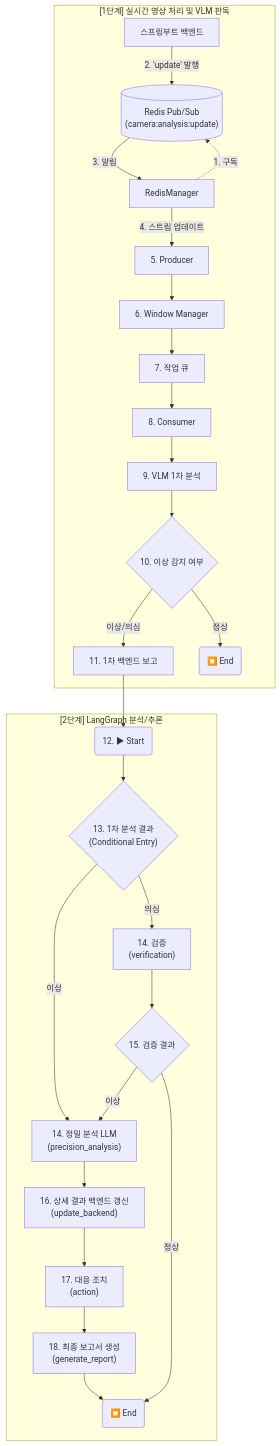
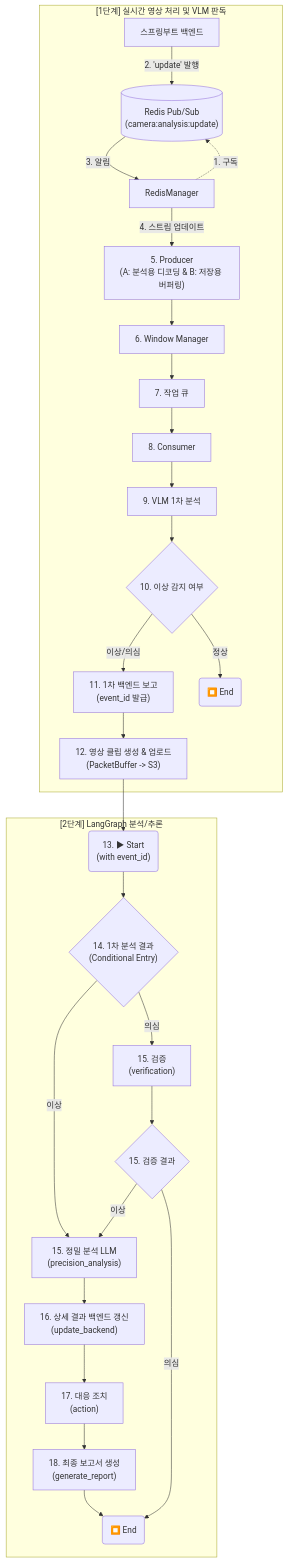
Before and after one commit to AIX-01/aegis-ai-agent: the first of 2 diagrams in README.md, drawn with Mermaid. The commit also changed other lines of this file, not shown here.

Commit message:
docs: update README for improved clarity on system architecture and component roles

````diff
--- a/README.md
+++ b/README.md
@@ -287,38 +143,41 @@
 ```mermaid
 graph TD
     subgraph RealTime["[1단계] 실시간 영상 처리 및 VLM 판독"]
         ExtMgr["스프링부트 백엔드"]
         RedisCh[("Redis Pub/Sub<br>(camera:analysis:update)")]
         RM["RedisManager"]
 
         RM -. "1. 구독" .-> RedisCh
         ExtMgr -- "2. 'update' 발행" --> RedisCh
         RedisCh -- "3. 알림" --> RM
         
-        RM -- "4. 스트림 업데이트" --> P["5. Producer"]
+        RM -- "4. 스트림 업데이트" --> P["5. Producer<br>(A: 분석용 디코딩 & B: 저장용 버퍼링)"]
         P --> W["6. Window Manager"]
         W --> Q["7. 작업 큐"]
         Q --> C["8. Consumer"]
         C --> VLM["9. VLM 1차 분석"]
         VLM --> Router{"10. 이상 감지 여부"}
-        Router -- "이상/의심" --> BR["11. 1차 백엔드 보고"]
+        Router -- "이상/의심" --> BR["11. 1차 백엔드 보고<br>(event_id 발급)"]
+        BR --> Clip["12. 영상 클립 생성 & 업로드<br>(PacketBuffer -> S3)"]
         Router -- "정상" --> EndLocal(⏹️ End)
     end
 
     subgraph LangGraph["[2단계] LangGraph 분석/추론"]
-        BR --> Start("12. ▶ Start")
+        Start("13. ▶ Start<br>(with event_id)")
         
-        Start --> Router2{"13. 1차 분석 결과<br>(Conditional Entry)"}
-        Router2 -- "이상" --> N_Precise["14. 정밀 분석 LLM <br>(precision_analysis)"]
-        Router2 -- "의심" --> N_Verify["14. 검증<br>(verification)"]
+        Start --> Router2{"14. 1차 분석 결과<br>(Conditional Entry)"}
+        Router2 -- "이상" --> N_Precise["15. 정밀 분석 LLM <br>(precision_analysis)"]
+        Router2 -- "의심" --> N_Verify["15. 검증<br>(verification)"]
         
         N_Verify --> Router3{"15. 검증 결과"}
         Router3 -- "이상" --> N_Precise
-        Router3 -- "정상" --> End(⏹️ End)
+        Router3 -- "의심" --> End(⏹️ End)
         
         N_Precise --> N_Update["16. 상세 결과 백엔드 갱신<br>(update_backend)"]
         N_Update --> N_Action["17. 대응 조치<br>(action)"]
         N_Action --> N7["18. 최종 보고서 생성<br>(generate_report)"]
         N7 --> End
     end
+
+    Clip --> Start
 ```
````
